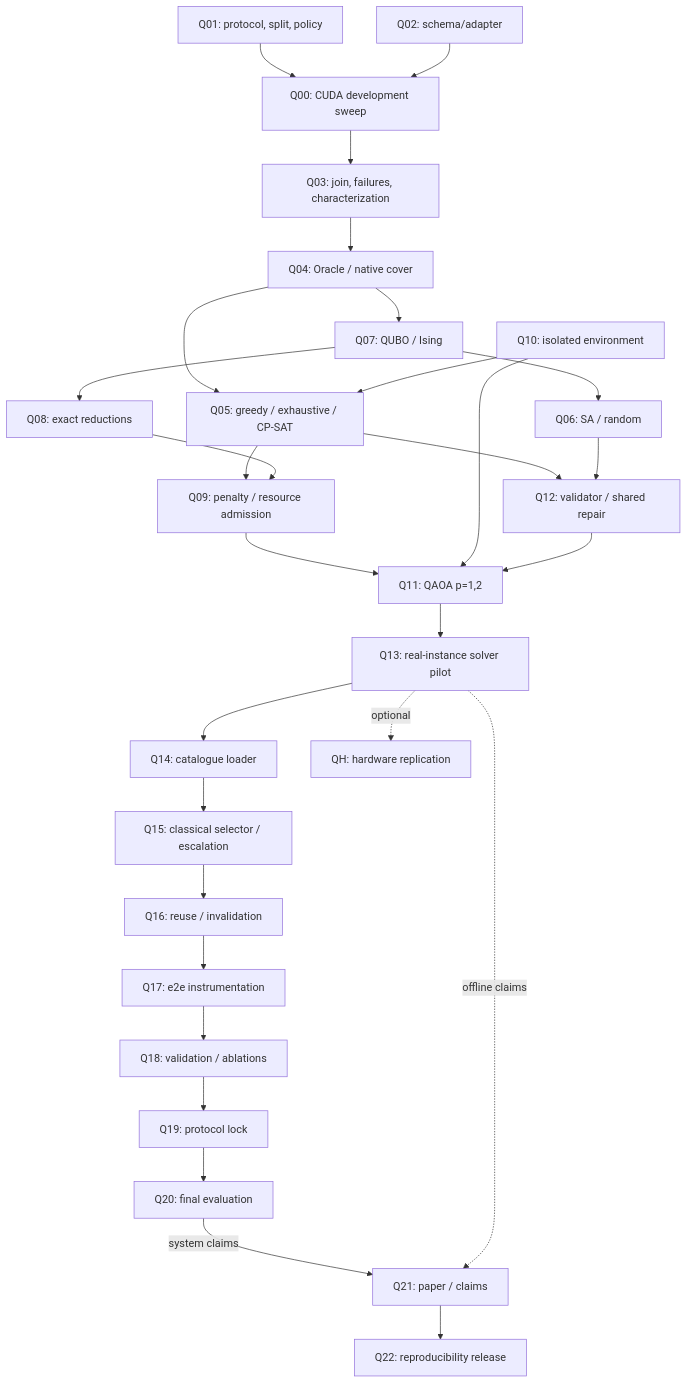
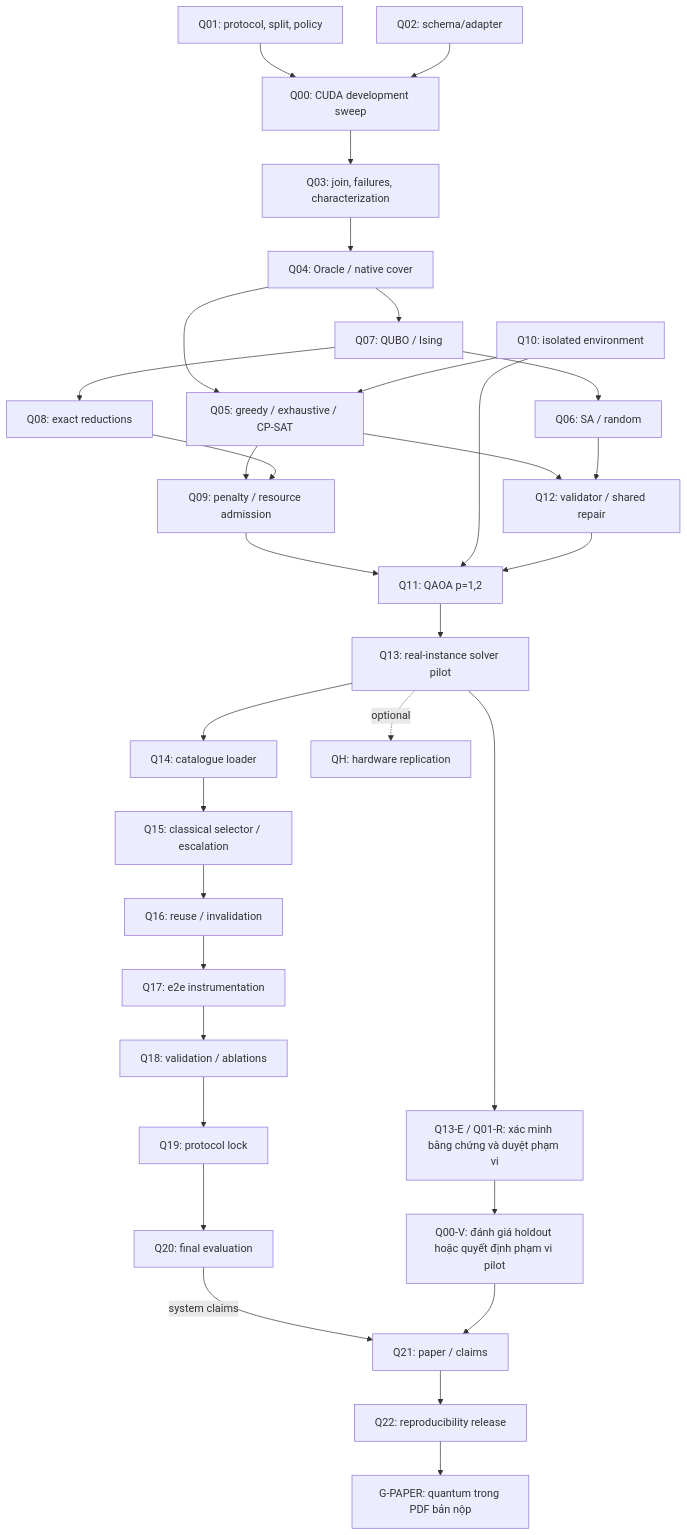
The diagram in docs/research/quantum-integration-tasks.md (nh-atuan/crossstage-stitch), drawn with Mermaid before and after one commit. The commit also changed other lines of this file and 2 other files, not shown here.

Commit message:
docs(plan): require quantum evidence for submission

````diff
--- a/docs/research/quantum-integration-tasks.md
+++ b/docs/research/quantum-integration-tasks.md
@@ -57,31 +58,34 @@
 ```mermaid
 flowchart TD
     Q01["Q01: protocol, split, policy"] --> Q00["Q00: CUDA development sweep"]
     Q02["Q02: schema/adapter"] --> Q00
     Q00 --> Q03["Q03: join, failures, characterization"]
     Q03 --> Q04["Q04: Oracle / native cover"]
     Q04 --> Q05["Q05: greedy / exhaustive / CP-SAT"]
     Q04 --> Q07["Q07: QUBO / Ising"]
     Q07 --> Q06["Q06: SA / random"]
     Q07 --> Q08["Q08: exact reductions"]
     Q05 --> Q09["Q09: penalty / resource admission"]
     Q08 --> Q09
     Q05 --> Q12["Q12: validator / shared repair"]
     Q06 --> Q12
     Q09 --> Q11["Q11: QAOA p=1,2"]
     Q10["Q10: isolated environment"] --> Q11
     Q10 --> Q05
     Q12 --> Q11
     Q11 --> Q13["Q13: real-instance solver pilot"]
     Q13 --> Q14["Q14: catalogue loader"]
     Q14 --> Q15["Q15: classical selector / escalation"]
     Q15 --> Q16["Q16: reuse / invalidation"]
     Q16 --> Q17["Q17: e2e instrumentation"]
     Q17 --> Q18["Q18: validation / ablations"]
     Q18 --> Q19["Q19: protocol lock"]
     Q19 --> Q20["Q20: final evaluation"]
     Q20 -->|"system claims"| Q21["Q21: paper / claims"]
-    Q13 -. "offline claims" .-> Q21
+    Q13 --> QE["Q13-E / Q01-R: xác minh bằng chứng và duyệt phạm vi"]
+    QE --> QV["Q00-V: đánh giá holdout hoặc quyết định phạm vi pilot"]
+    QV --> Q21
     Q21 --> Q22["Q22: reproducibility release"]
+    Q22 --> QP["G-PAPER: quantum trong PDF bản nộp"]
     Q13 -. "optional" .-> QH["QH: hardware replication"]
 ```
````
